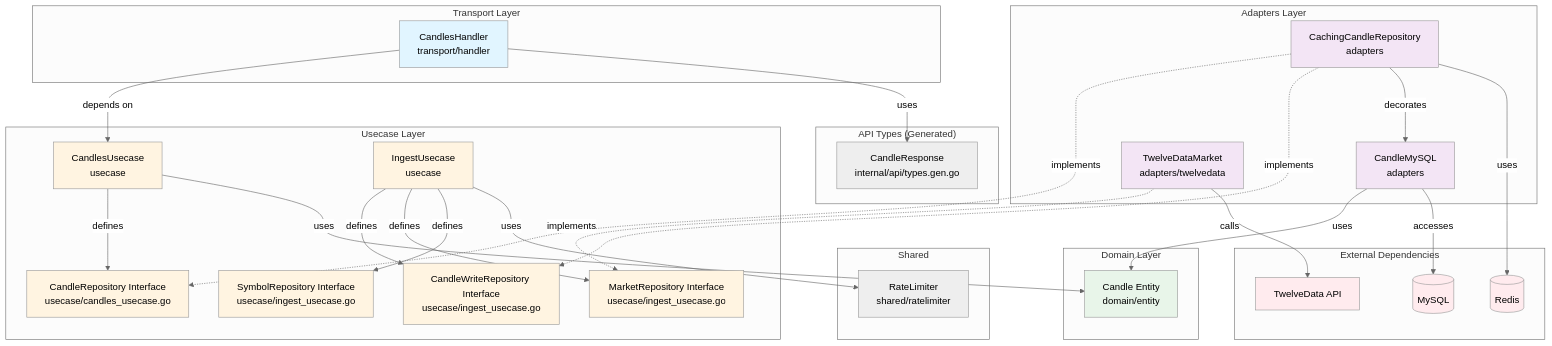
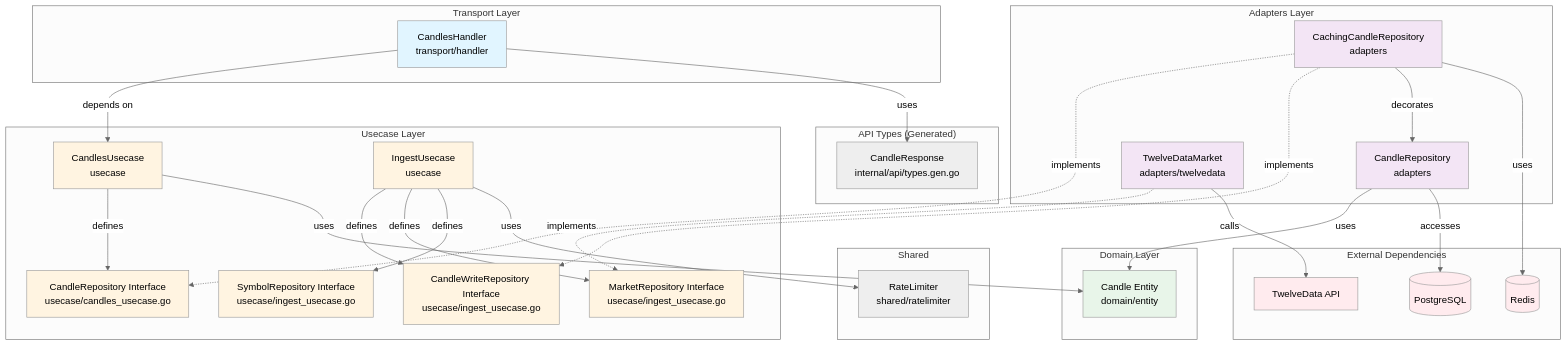
One commit to UCHIDAnobuhiro/stock_backend changed the third of 3 diagrams in internal/feature/candles/README.md. Above: the diagram before and after it, drawn with Mermaid (neutral theme). The commit also changed other lines of this file and 19 other files, not shown here.

````diff
--- a/internal/feature/candles/README.md
+++ b/internal/feature/candles/README.md
@@ -173,71 +173,71 @@
 ```mermaid
 graph TB
     subgraph "Transport Layer"
         Handler[CandlesHandler<br/>transport/handler]
     end
 
     subgraph "API Types (Generated)"
         APITypes[CandleResponse<br/>internal/api/types.gen.go]
     end
 
     subgraph "Usecase Layer"
         CandlesUC[CandlesUsecase<br/>usecase]
         IngestUC[IngestUsecase<br/>usecase]
         ReadInterface[CandleRepository Interface<br/>usecase/candles_usecase.go]
         WriteInterface[CandleWriteRepository Interface<br/>usecase/ingest_usecase.go]
         MarketInterface[MarketRepository Interface<br/>usecase/ingest_usecase.go]
         SymbolInterface[SymbolRepository Interface<br/>usecase/ingest_usecase.go]
     end
 
     subgraph "Domain Layer"
         Entity[Candle Entity<br/>domain/entity]
     end
 
     subgraph "Adapters Layer"
-        RepoImpl[CandleMySQL<br/>adapters]
+        RepoImpl[CandleRepository<br/>adapters]
         Cache[CachingCandleRepository<br/>adapters]
         TwelveData[TwelveDataMarket<br/>adapters/twelvedata]
     end
 
     subgraph "Shared"
         RateLimiter[RateLimiter<br/>shared/ratelimiter]
     end
 
     subgraph "External Dependencies"
-        DB[(MySQL)]
+        DB[(PostgreSQL)]
         Redis[(Redis)]
         API[TwelveData API]
     end
 
     Handler -->|depends on| CandlesUC
     Handler -->|uses| APITypes
     CandlesUC -->|defines| ReadInterface
     CandlesUC -->|uses| Entity
     IngestUC -->|defines| WriteInterface
     IngestUC -->|defines| MarketInterface
     IngestUC -->|defines| SymbolInterface
     IngestUC -->|uses| RateLimiter
     Cache -.->|implements| ReadInterface
     Cache -.->|implements| WriteInterface
     Cache -->|decorates| RepoImpl
     Cache -->|uses| Redis
     RepoImpl -->|uses| Entity
     RepoImpl -->|accesses| DB
     TwelveData -.->|implements| MarketInterface
     TwelveData -->|calls| API
 
     style Handler fill:#e1f5ff
     style CandlesUC fill:#fff4e1
     style IngestUC fill:#fff4e1
     style Entity fill:#e8f5e9
     style ReadInterface fill:#fff4e1
     style WriteInterface fill:#fff4e1
     style MarketInterface fill:#fff4e1
     style SymbolInterface fill:#fff4e1
     style RepoImpl fill:#f3e5f5
     style Cache fill:#f3e5f5
     style TwelveData fill:#f3e5f5
     style DB fill:#ffebee
     style Redis fill:#ffebee
     style API fill:#ffebee
 ```
````
